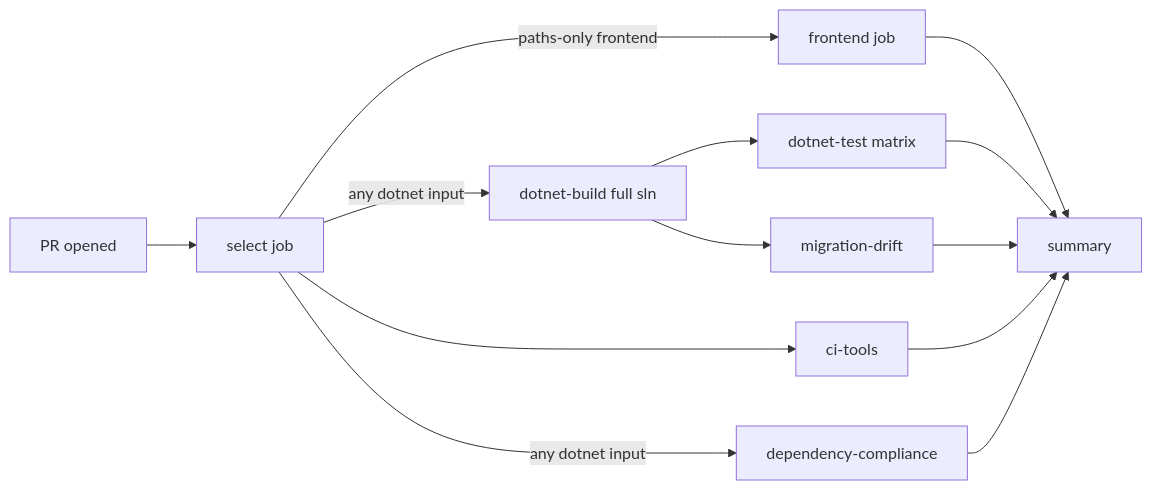
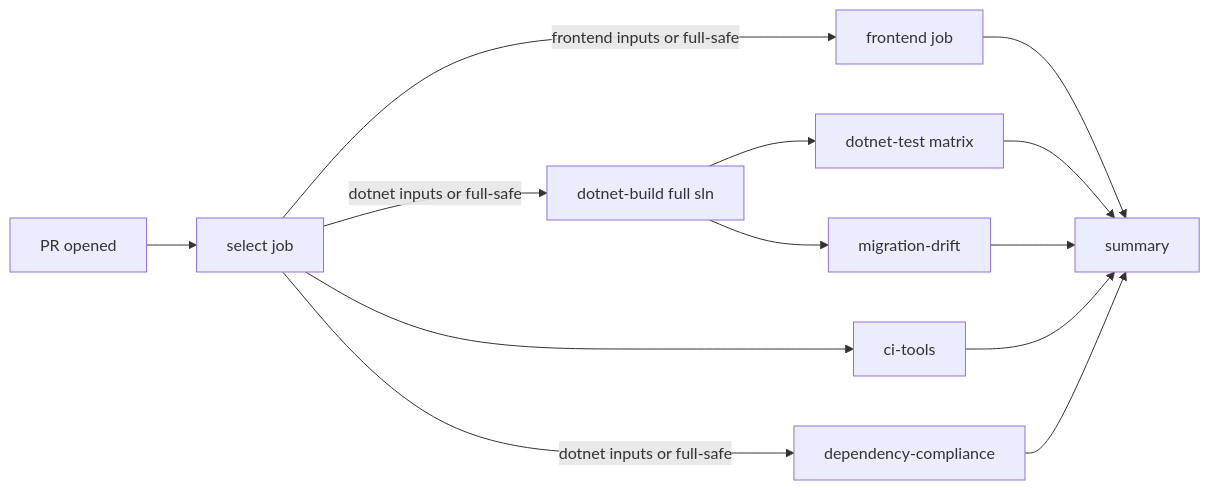
The diagram in docs/CI.md (OlyForge3D/PrintFarmer), drawn with Mermaid before and after one commit.

Commit message:
docs: align mermaid diagram edge labels with actual selector gating
Hicks caught the pre-existing 'paths-only frontend' label contradicting
the documented want_frontend semantics (frontend paths OR full-safe).
Fixed while touching this file, and aligned the dotnet-build/
dependency-compliance edge labels the same way for consistency.

````diff
--- a/docs/CI.md
+++ b/docs/CI.md
@@ -19,15 +19,15 @@
 ```mermaid
 flowchart LR
   A[PR opened] --> B[select job]
-  B -->|paths-only frontend| C[frontend job]
-  B -->|any dotnet input| D[dotnet-build full sln]
+  B -->|frontend inputs or full-safe| C[frontend job]
+  B -->|dotnet inputs or full-safe| D[dotnet-build full sln]
   D --> E[dotnet-test matrix]
   D --> F[migration-drift]
   B --> G[ci-tools]
-  B -->|any dotnet input| I[dependency-compliance]
+  B -->|dotnet inputs or full-safe| I[dependency-compliance]
   C --> H[summary]
   E --> H
   F --> H
   G --> H
   I --> H
 ```
````
